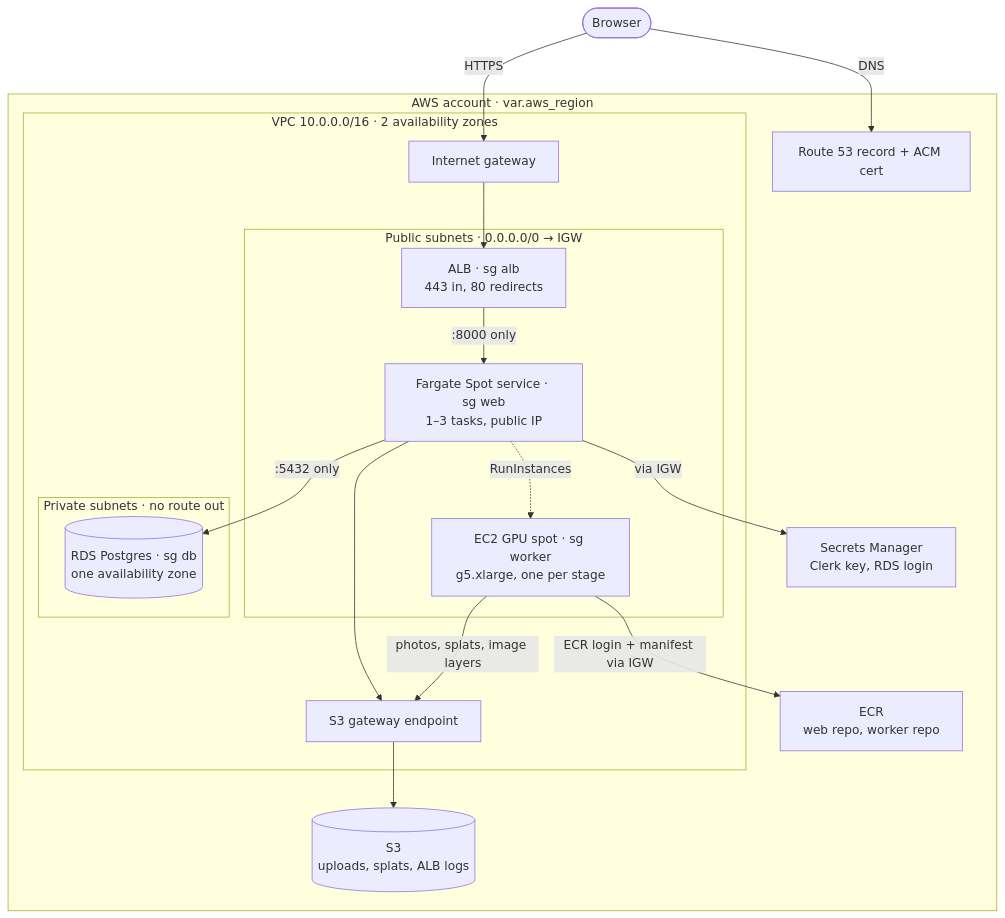
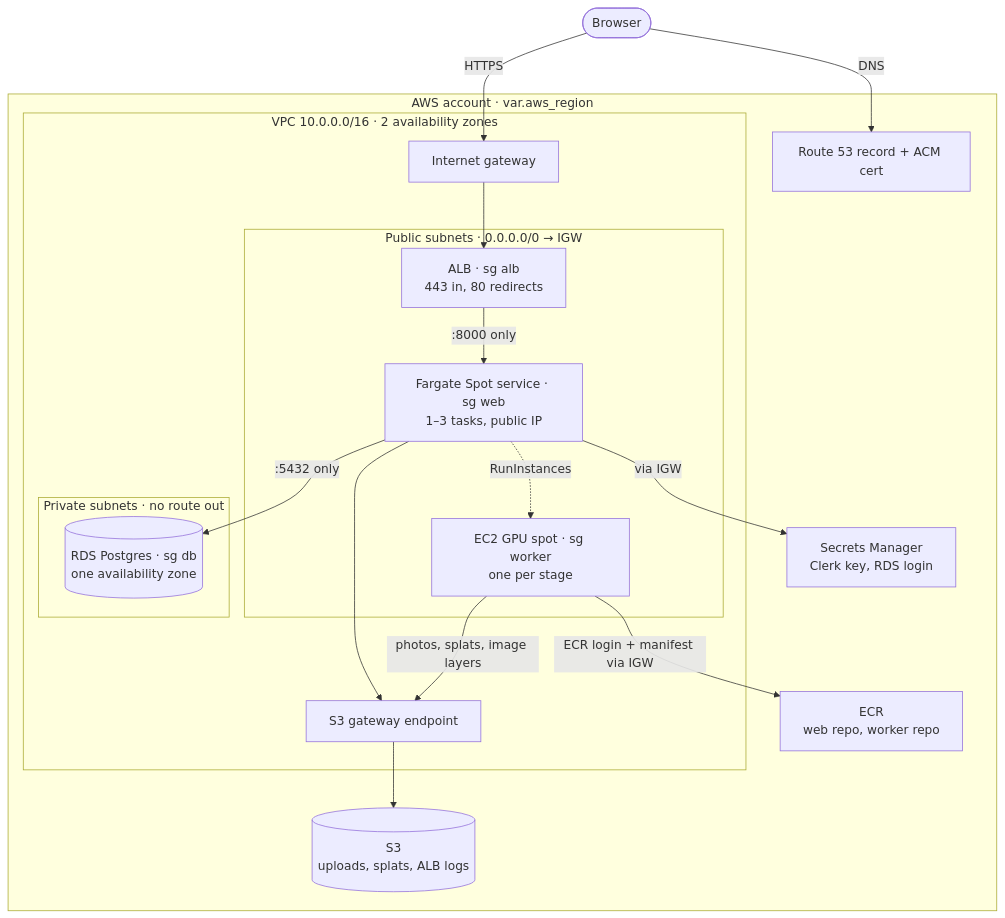
Before and after one commit to kamyy/ai-gaussian-splatter: the second of 2 diagrams in ARCHITECTURE.md, drawn with Mermaid. The commit also changed other lines of this file and 6 other files, not shown here.

First line of the commit message:
feat: run the reconstruct stage on a g4dn.xlarge

````diff
--- a/ARCHITECTURE.md
+++ b/ARCHITECTURE.md
@@ -202,30 +203,30 @@
 ```mermaid
 flowchart TB
   user(["Browser"])
   subgraph aws["AWS account · var.aws_region"]
     r53["Route 53 record + ACM cert"]
     subgraph vpc["VPC 10.0.0.0/16 · 2 availability zones"]
       igw["Internet gateway"]
       subgraph pub["Public subnets · 0.0.0.0/0 → IGW"]
         alb["ALB · sg alb<br/>443 in, 80 redirects"]
         web["Fargate Spot service · sg web<br/>1–3 tasks, public IP"]
-        worker["EC2 GPU spot · sg worker<br/>g5.xlarge, one per stage"]
+        worker["EC2 GPU spot · sg worker<br/>one per stage"]
       end
       subgraph priv["Private subnets · no route out"]
         rds[("RDS Postgres · sg db<br/>one availability zone")]
       end
       s3ep["S3 gateway endpoint"]
     end
     s3[("S3<br/>uploads, splats, ALB logs")]
     ecr["ECR<br/>web repo, worker repo"]
     sm["Secrets Manager<br/>Clerk key, RDS login"]
   end
   user -->|DNS| r53
   user -->|HTTPS| igw --> alb -->|":8000 only"| web
   web -->|":5432 only"| rds
   web -.->|RunInstances| worker
   web --> s3ep
   worker -->|"photos, splats, image layers"| s3ep --> s3
   worker -->|"ECR login + manifest via IGW"| ecr
   web -->|via IGW| sm
 ```
````
